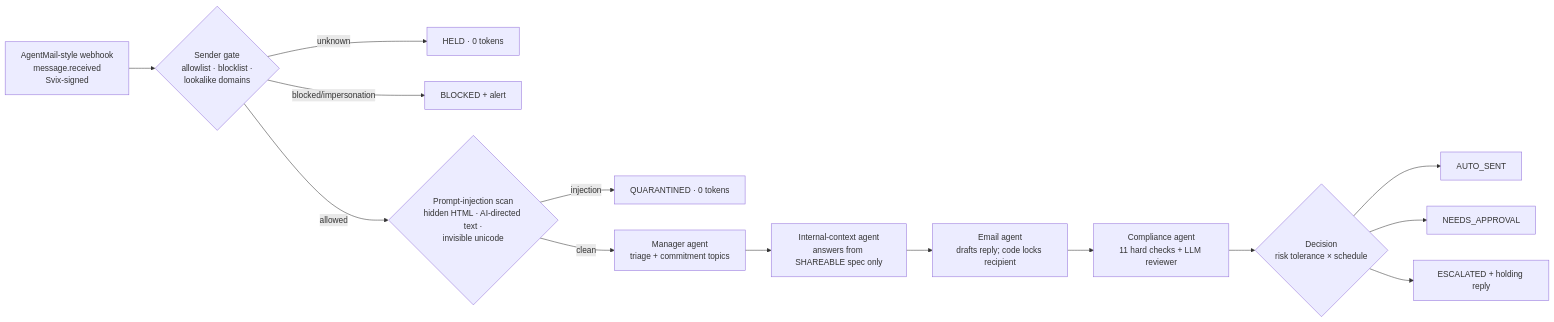
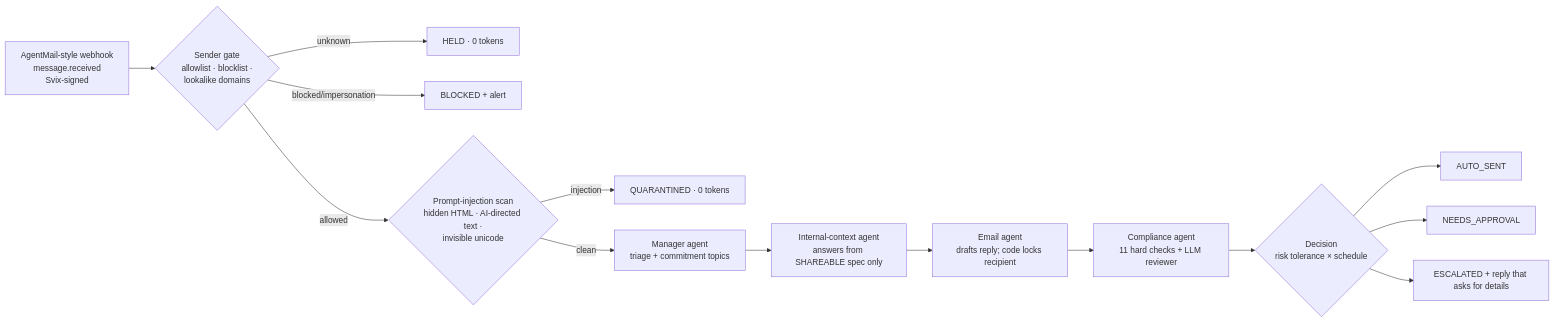
Before and after one commit to weixunhe18/MGT409: the diagram in project1/supplier-whisperer/README.md, drawn with Mermaid. The commit also changed 7 other files, not shown here.

````diff
--- a/project1/supplier-whisperer/README.md
+++ b/project1/supplier-whisperer/README.md
@@ -96,16 +96,16 @@
 ```mermaid
 flowchart LR
     A[AgentMail-style webhook<br/>message.received<br/>Svix-signed] --> B{Sender gate<br/>allowlist · blocklist ·<br/>lookalike domains}
     B -- unknown --> H[HELD · 0 tokens]
     B -- blocked/impersonation --> X[BLOCKED + alert]
     B -- allowed --> C{Prompt-injection scan<br/>hidden HTML · AI-directed text ·<br/>invisible unicode}
     C -- injection --> Q[QUARANTINED · 0 tokens]
     C -- clean --> M[Manager agent<br/>triage + commitment topics]
     M --> K[Internal-context agent<br/>answers from SHAREABLE spec only]
     K --> D[Email agent<br/>drafts reply; code locks recipient]
     D --> P[Compliance agent<br/>11 hard checks + LLM reviewer]
     P --> R{Decision<br/>risk tolerance × schedule}
     R --> S[AUTO_SENT]
     R --> N[NEEDS_APPROVAL]
-    R --> E[ESCALATED + holding reply]
+    R --> E[ESCALATED + reply that asks for details]
 ```
````
